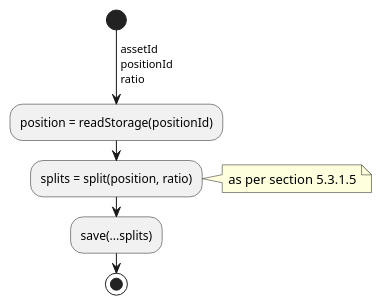
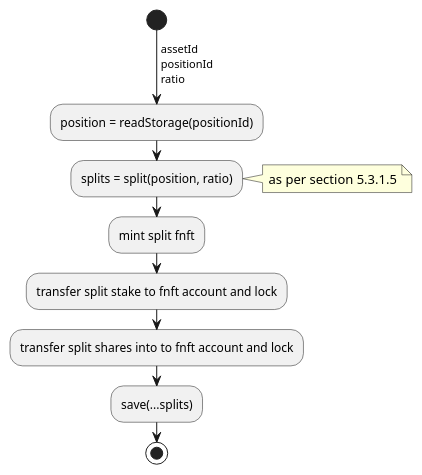
Before and after one commit to ComposableFi/composable: the sixth of 9 diagrams in rfcs/0005-pablo-distribution-assets/0005-pablo-distribution.adoc, drawn with PlantUML. The commit also changed other lines of this file and 14 other files, not shown here.

```diff
--- a/rfcs/0005-pablo-distribution-assets/0005-pablo-distribution.adoc
+++ b/rfcs/0005-pablo-distribution-assets/0005-pablo-distribution.adoc
@@ -453,10 +464,13 @@
 [plantuml,images/split-position,png]
 ----
 start
 ->assetId\npositionId\nratio;
 :position = readStorage(positionId);
 :splits = split(position, ratio);
 note right: as per section 5.3.1.5
+:mint split fnft;
+:transfer split stake to fnft account and lock;
+:transfer split shares into to fnft account and lock;
 :save(...splits);
 stop
 ----
```
